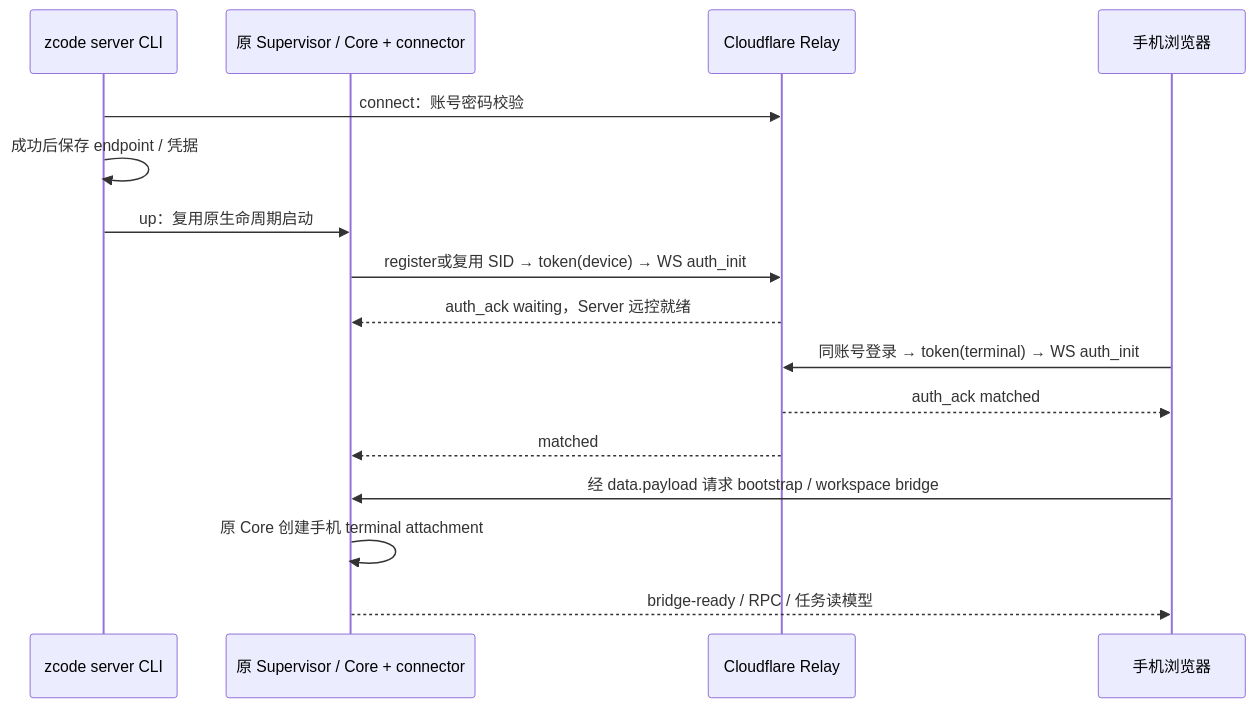
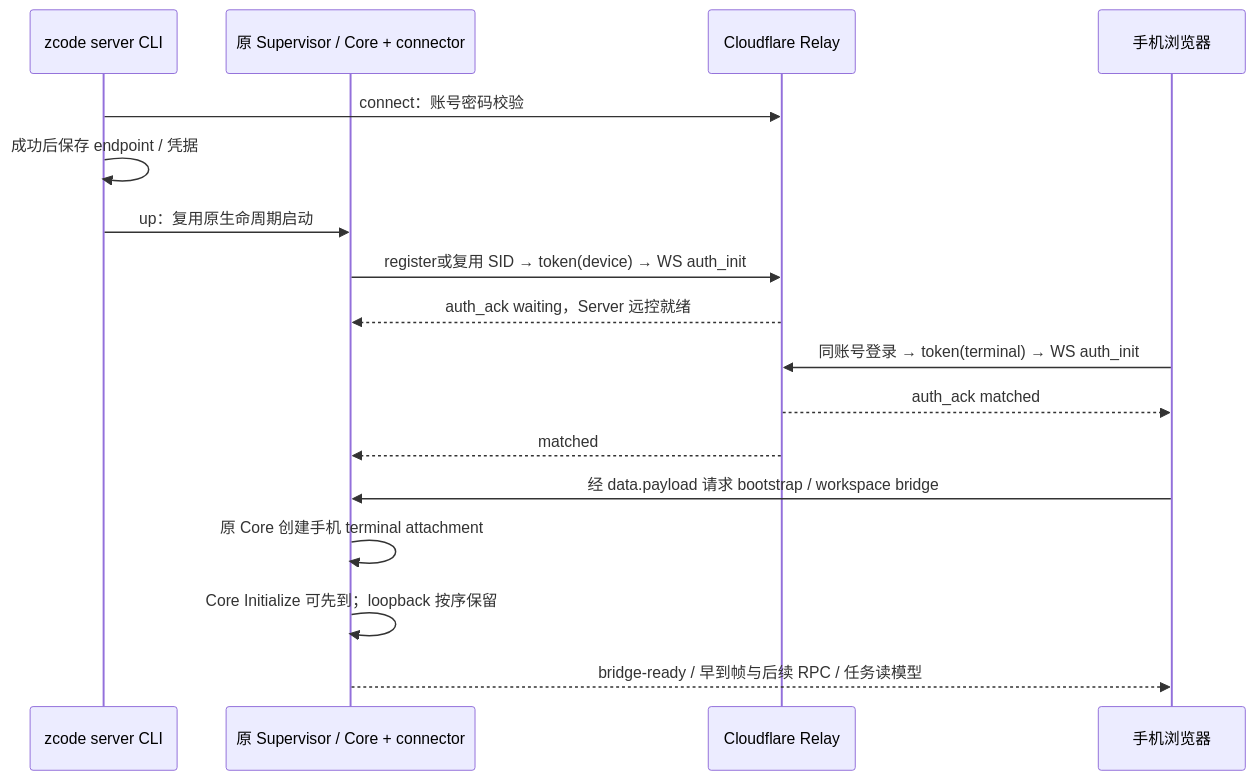
One commit to Rain-kl/ZCode changed the diagram in docs/features/cloud-web-access/protocol.md. Above: the diagram before and after it, drawn with Mermaid. The commit also changed other lines of this file and 7 other files, not shown here.

Commit message:
fix(cloud-web-access): retain early core RPC frames

````diff
--- a/docs/features/cloud-web-access/protocol.md
+++ b/docs/features/cloud-web-access/protocol.md
@@ -88,18 +89,19 @@
 ```mermaid
 sequenceDiagram
     participant C as zcode server CLI
     participant S as 原 Supervisor / Core + connector
     participant R as Cloudflare Relay
     participant B as 手机浏览器
     C->>R: connect：账号密码校验
     C->>C: 成功后保存 endpoint / 凭据
     C->>S: up：复用原生命周期启动
     S->>R: register或复用 SID → token(device) → WS auth_init
     R-->>S: auth_ack waiting，Server 远控就绪
     B->>R: 同账号登录 → token(terminal) → WS auth_init
     R-->>B: auth_ack matched
     R-->>S: matched
     B->>S: 经 data.payload 请求 bootstrap / workspace bridge
     S->>S: 原 Core 创建手机 terminal attachment
-    S-->>B: bridge-ready / RPC / 任务读模型
+    S->>S: Core Initialize 可先到；loopback 按序保留
+    S-->>B: bridge-ready / 早到帧与后续 RPC / 任务读模型
 ```
````
